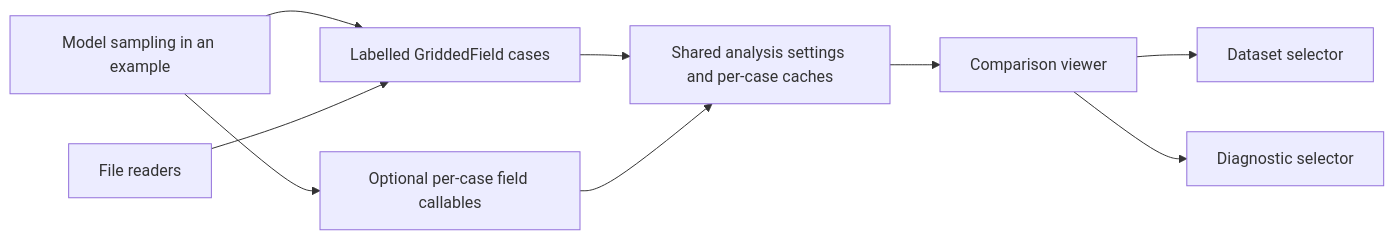
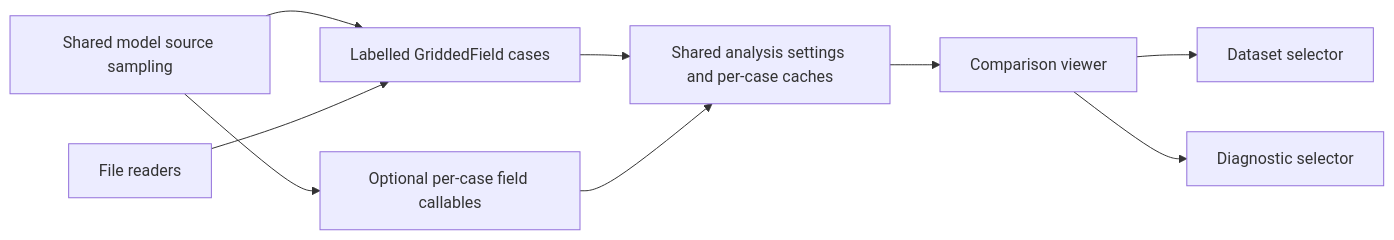
Before and after one commit to Butadiene/Mageometry: the diagram in docs/data_comparison.md, drawn with Mermaid. The commit also changed other lines of this file and 40 other files, not shown here.

````diff
--- a/docs/data_comparison.md
+++ b/docs/data_comparison.md
@@ -233,11 +236,11 @@
 ```mermaid
 flowchart LR
-    M[Model sampling in an example] --> G[Labelled GriddedField cases]
+    M[Shared model source sampling] --> G[Labelled GriddedField cases]
     F[File readers] --> G
     G --> A[Shared analysis settings and per-case caches]
     M --> C[Optional per-case field callables]
     C --> A
     A --> V[Comparison viewer]
     V --> D[Dataset selector]
     V --> Q[Diagnostic selector]
 ```
````
